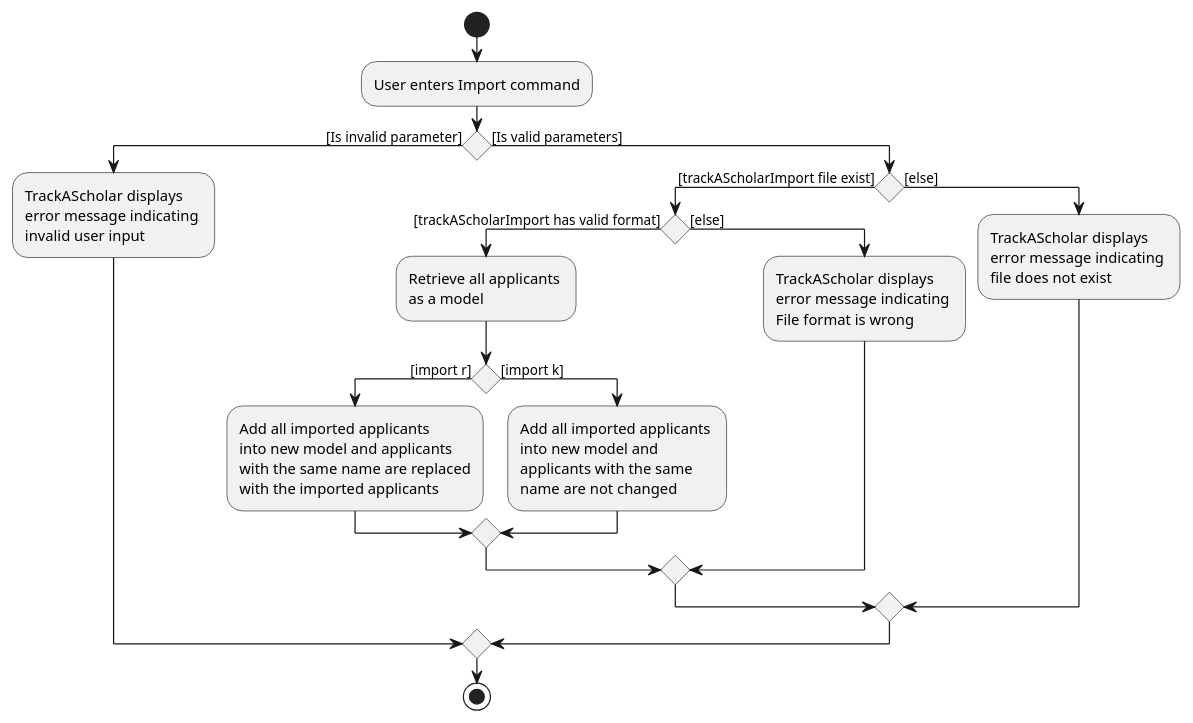
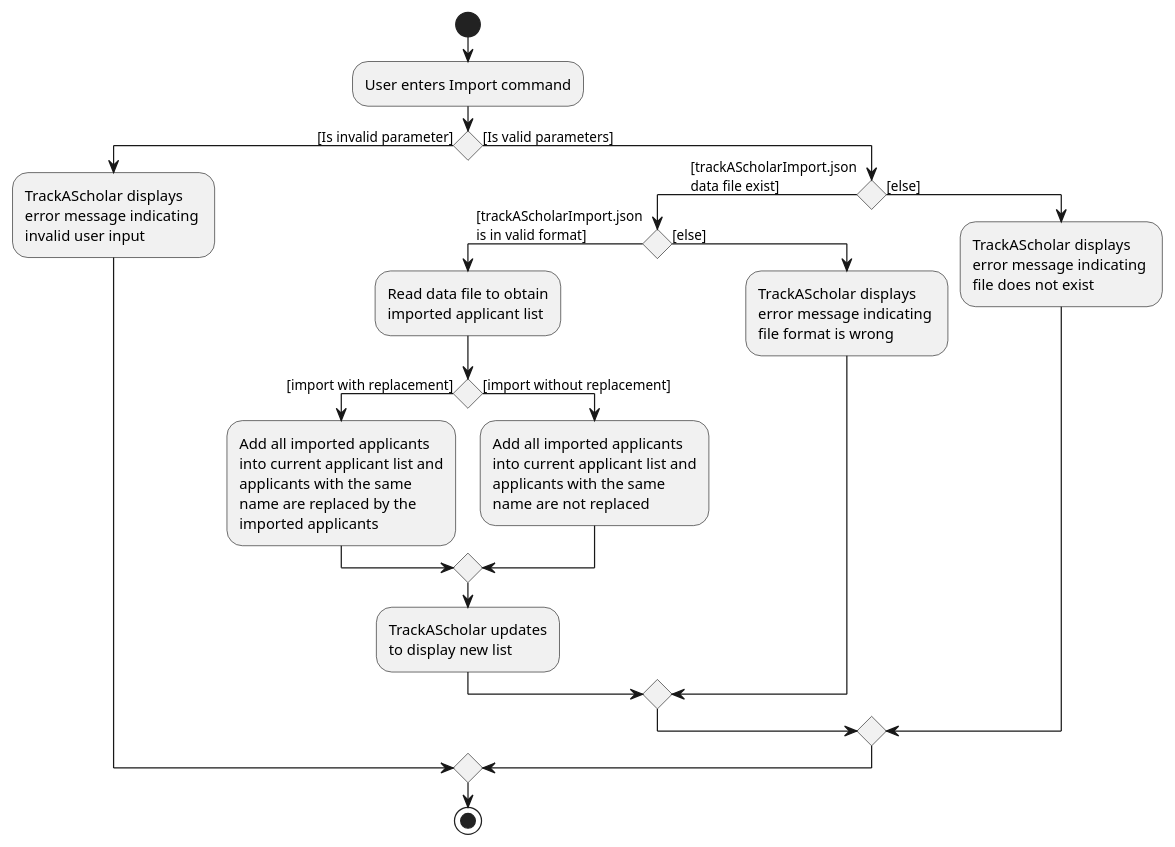
Before and after one commit to nus-cs2103-AY2223S1/tp: the diagram in docs/diagrams/ImportCommandActivityDiagram.puml, drawn with PlantUML. The commit also changed 4 other files, not shown here.

```diff
--- a/docs/diagrams/ImportCommandActivityDiagram.puml
+++ b/docs/diagrams/ImportCommandActivityDiagram.puml
@@ -1,33 +1,35 @@
 @startuml
 start
 :User enters Import command;
 
 if () then ([Is invalid parameter])
     :TrackAScholar displays \nerror message indicating \ninvalid user input;
 
 else ([Is valid parameters])
 
-    if () then ([trackAScholarImport file exist])
+    if () then ([trackAScholarImport.json\ndata file exist])
 
-        if () then ([trackAScholarImport has valid format])
-            :Retrieve all applicants \nas a model;
+        if () then ([trackAScholarImport.json\nis in valid format])
+            :Read data file to obtain\nimported applicant list;
 
-            if () then ([import r])
-                :Add all imported applicants \ninto new model and applicants \nwith the same name are replaced\nwith the imported applicants;
+            if () then ([import with replacement])
+                :Add all imported applicants \ninto current applicant list and\napplicants with the same\nname are replaced by the\nimported applicants;
 
-            else ([import k])
-                :Add all imported applicants \ninto new model and \napplicants with the same \nname are not changed;
+            else ([import without replacement])
+                :Add all imported applicants \ninto current applicant list and\napplicants with the same\nname are not replaced;
             endif
 
+            :TrackAScholar updates\nto display new list;
+
         else ([else])
-            :TrackAScholar displays \nerror message indicating \nFile format is wrong;
+            :TrackAScholar displays \nerror message indicating \nfile format is wrong;
         endif
 
     else ([else])
         :TrackAScholar displays \nerror message indicating \nfile does not exist;
 
     endif
 
 endif
 stop
 @enduml
```
